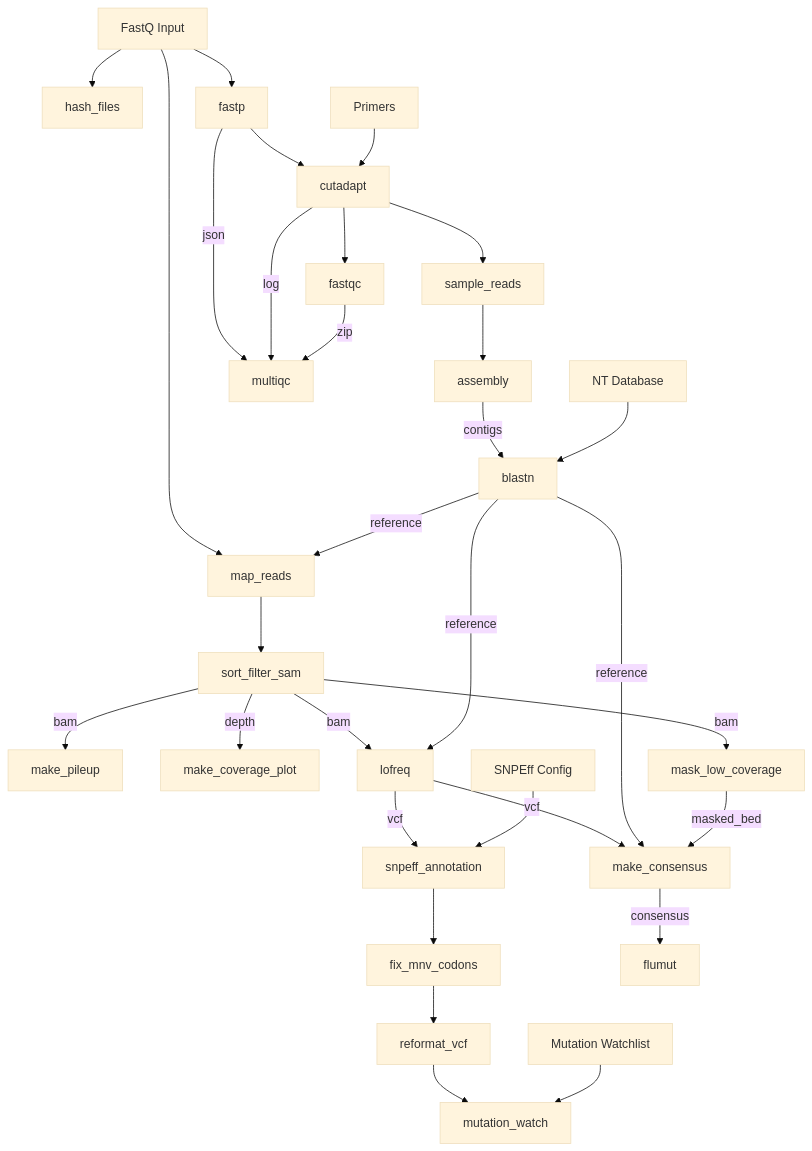
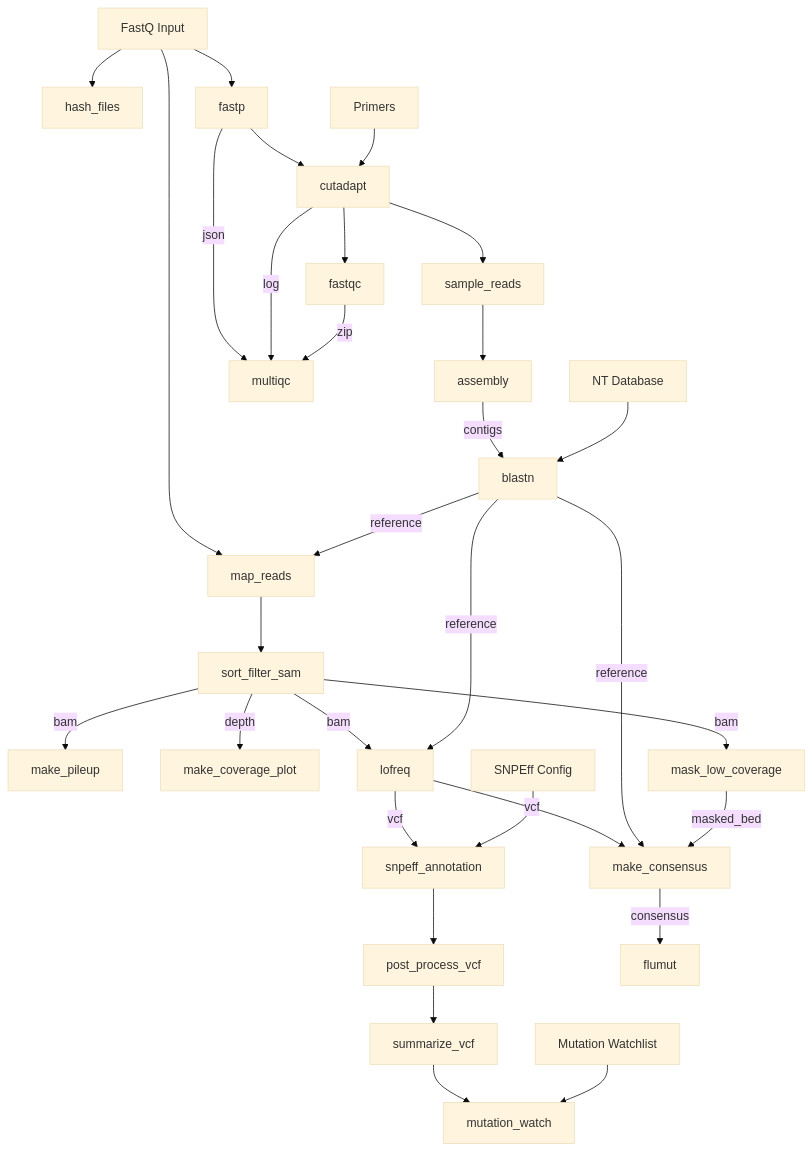
Before and after one commit to BCCDC-PHL/fluscan-nf: the diagram in README.md, drawn with Mermaid (base theme). The commit also changed 4 other files, not shown here.

Commit message:
add new vcf reformat script and rename processes

````diff
--- a/README.md
+++ b/README.md
@@ -34,46 +34,46 @@
 ```mermaid
 flowchart TD
     %% Input channels and initial processes
     input[FastQ Input] --> hash[hash_files]
     input --> fastp
     fastp --> cutadapt
     primers[Primers] --> cutadapt
     cutadapt --> fastqc
     cutadapt --> sample_reads
     sample_reads --> assembly
 
     %% MultiQC inputs
     fastp -- json --> multiqc
     cutadapt -- log --> multiqc
     fastqc -- zip --> multiqc
 
     %% Reference selection via BLAST
     assembly -- contigs --> blastn
     nt_db[NT Database] --> blastn
 
     %% Read mapping and variant calling
     input --> map_reads
     blastn -- reference --> map_reads
     map_reads --> sort_filter_sam
     sort_filter_sam -- bam --> make_pileup
     sort_filter_sam -- depth --> make_coverage_plot
     sort_filter_sam -- bam --> lofreq
     blastn -- reference --> lofreq
 
     %% SnpEff annotation and MNV correction
     lofreq -- vcf --> snpeff_annotation
     snpeff_config[SNPEff Config] --> snpeff_annotation
-    snpeff_annotation --> fix_mnv_codons
-    fix_mnv_codons --> reformat_vcf
-    reformat_vcf --> mutation_watch
+    snpeff_annotation --> post_process_vcf
+    post_process_vcf --> summarize_vcf
+    summarize_vcf --> mutation_watch
     mutation_watchlist[Mutation Watchlist] --> mutation_watch
 
     %% Consensus generation
     sort_filter_sam -- bam --> mask_low_coverage
     lofreq -- vcf --> make_consensus
     blastn -- reference --> make_consensus
     mask_low_coverage -- masked_bed --> make_consensus
 
     %% FluMut
     make_consensus -- consensus --> flumut
 ```
````
